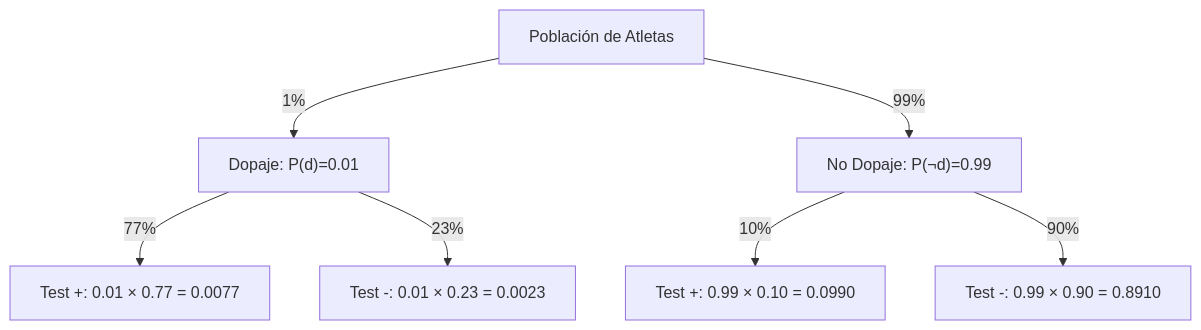
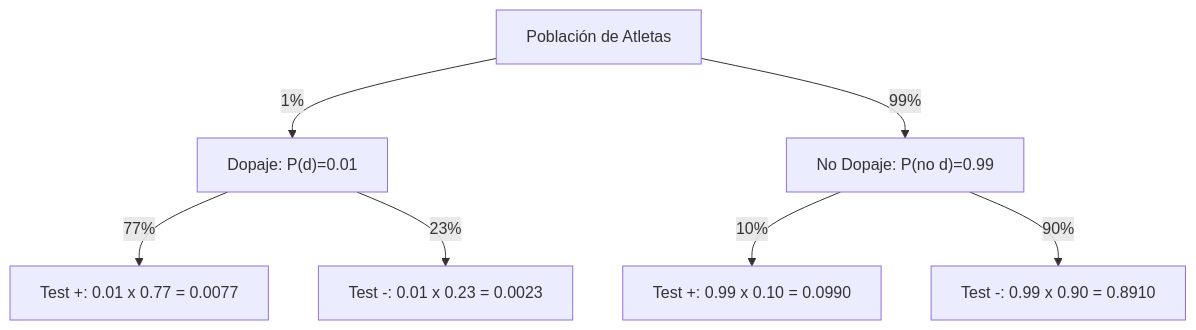
One commit to santrodriguez21/aprendizaje-automatico changed the second of 6 diagrams in teoricos/clase 4 - aprendizaje bayesiano/04-aprendizaje-bayesiano.md. Above: the diagram before and after it, drawn with Mermaid. The commit also changed 4 other files, not shown here.

````diff
--- a/teoricos/clase 4 - aprendizaje bayesiano/04-aprendizaje-bayesiano.md
+++ b/teoricos/clase 4 - aprendizaje bayesiano/04-aprendizaje-bayesiano.md
@@ -75,11 +75,11 @@
 ```mermaid
 graph TD
-    Pop["Población de Atletas"] -->|1%| Dop["Dopaje: P(d)=0.01"]
-    Pop -->|99%| NoDop["No Dopaje: P(¬d)=0.99"]
+    Pop["Población de Atletas"] -->|"1%"| Dop["Dopaje: P(d)=0.01"]
+    Pop -->|"99%"| NoDop["No Dopaje: P(no d)=0.99"]
     
-    Dop -->|77%| TP["Test +: 0.01 × 0.77 = 0.0077"]
-    Dop -->|23%| FN["Test -: 0.01 × 0.23 = 0.0023"]
+    Dop -->|"77%"| TP["Test +: 0.01 x 0.77 = 0.0077"]
+    Dop -->|"23%"| FN["Test -: 0.01 x 0.23 = 0.0023"]
     
-    NoDop -->|10%| FP["Test +: 0.99 × 0.10 = 0.0990"]
-    NoDop -->|90%| TN["Test -: 0.99 × 0.90 = 0.8910"]
+    NoDop -->|"10%"| FP["Test +: 0.99 x 0.10 = 0.0990"]
+    NoDop -->|"90%"| TN["Test -: 0.99 x 0.90 = 0.8910"]
 ```
````
